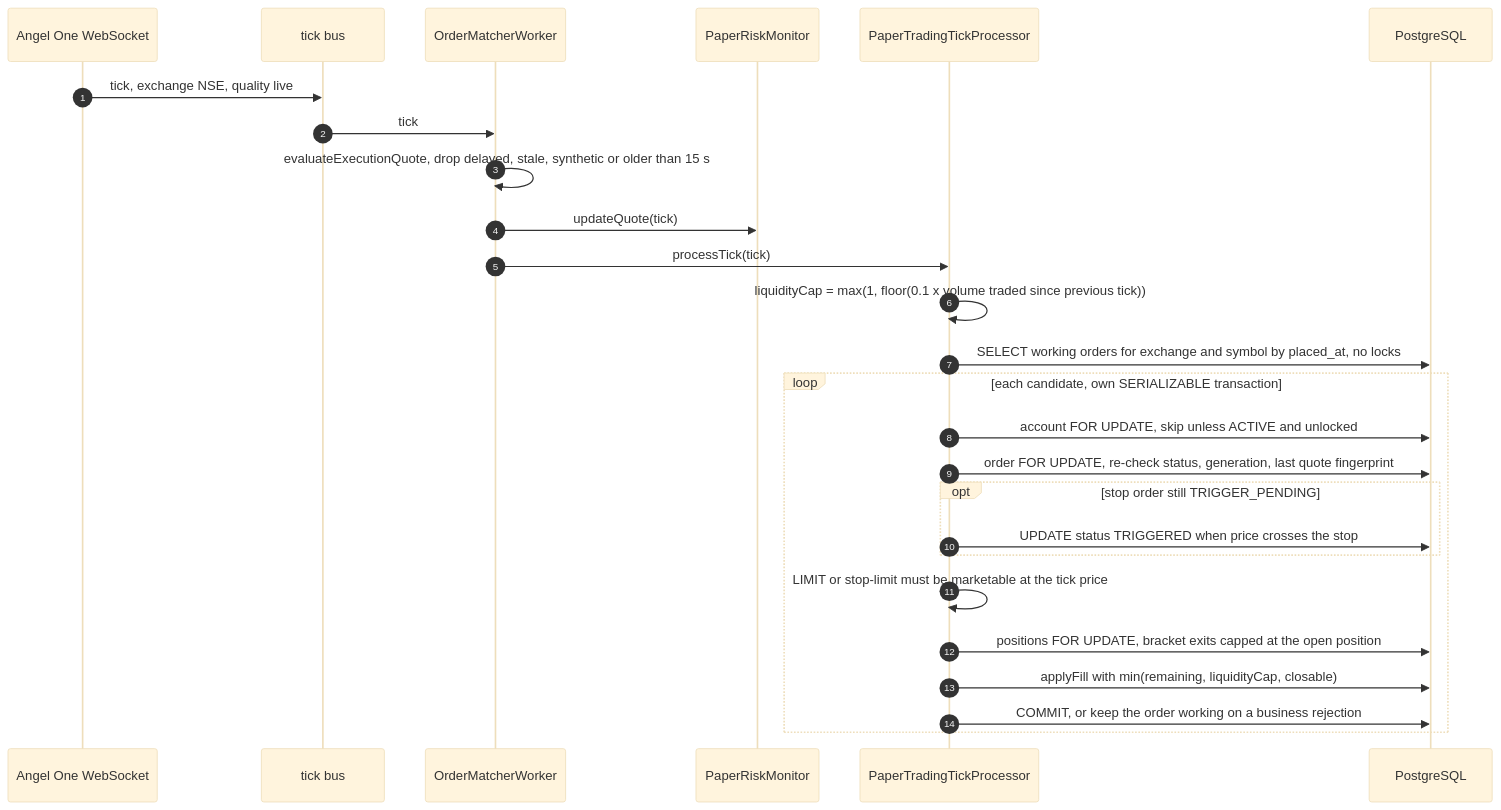
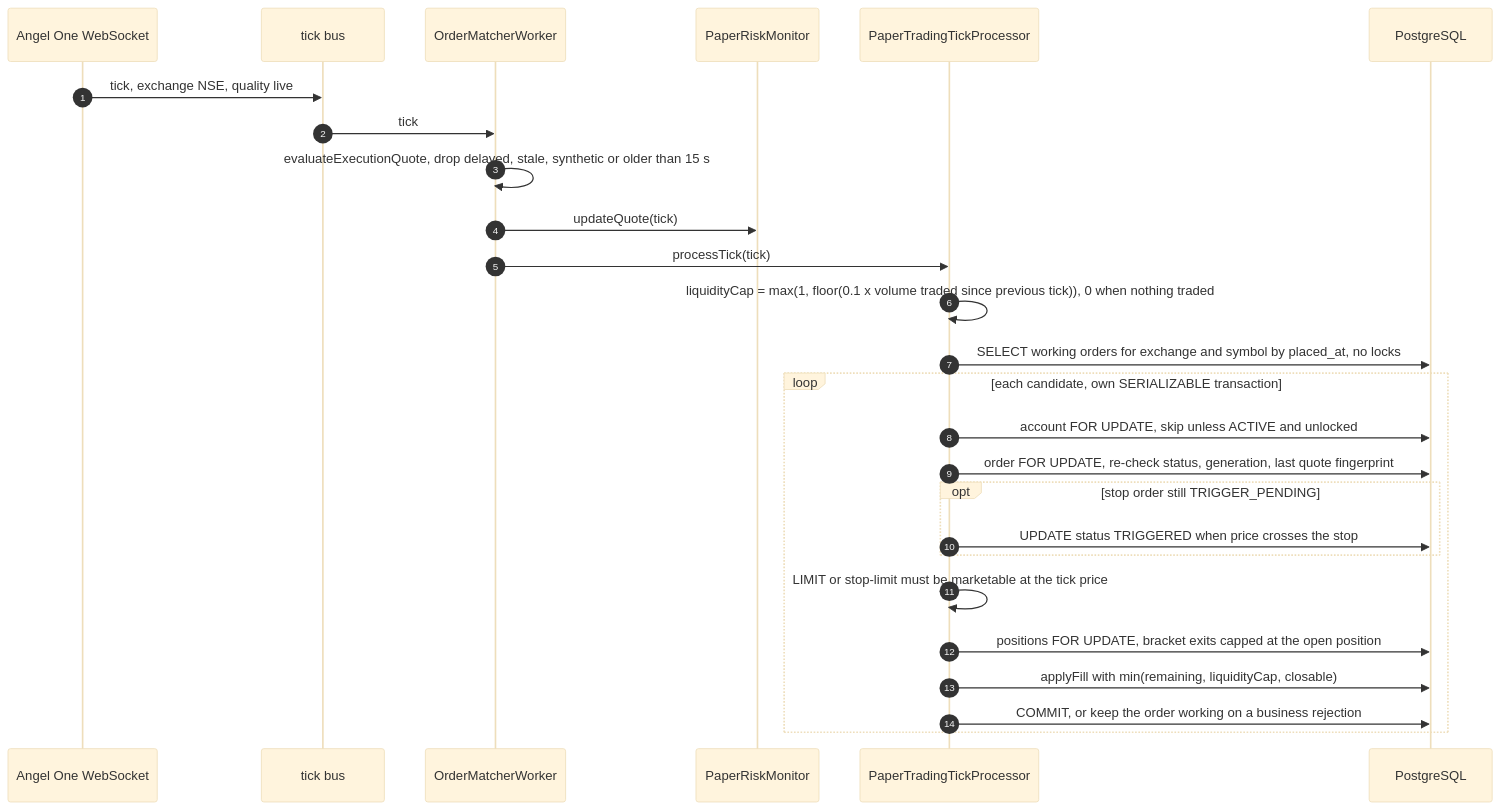
The fourth of 5 diagrams in docs/ARCHITECTURE.md (tanmay-alpha/MAET), drawn with Mermaid (base theme) before and after one commit. The commit also changed 18 other files, not shown here.

````diff
--- a/docs/ARCHITECTURE.md
+++ b/docs/ARCHITECTURE.md
@@ -176,29 +176,29 @@
 ```mermaid
 sequenceDiagram
     autonumber
     participant WS as Angel One WebSocket
     participant Bus as tick bus
     participant M as OrderMatcherWorker
     participant R as PaperRiskMonitor
     participant TP as PaperTradingTickProcessor
     participant DB as PostgreSQL
 
     WS->>Bus: tick, exchange NSE, quality live
     Bus->>M: tick
     M->>M: evaluateExecutionQuote, drop delayed, stale, synthetic or older than 15 s
     M->>R: updateQuote(tick)
     M->>TP: processTick(tick)
-    TP->>TP: liquidityCap = max(1, floor(0.1 x volume traded since previous tick))
+    TP->>TP: liquidityCap = max(1, floor(0.1 x volume traded since previous tick)), 0 when nothing traded
     TP->>DB: SELECT working orders for exchange and symbol by placed_at, no locks
     loop each candidate, own SERIALIZABLE transaction
         TP->>DB: account FOR UPDATE, skip unless ACTIVE and unlocked
         TP->>DB: order FOR UPDATE, re-check status, generation, last quote fingerprint
         opt stop order still TRIGGER_PENDING
             TP->>DB: UPDATE status TRIGGERED when price crosses the stop
         end
         TP->>TP: LIMIT or stop-limit must be marketable at the tick price
         TP->>DB: positions FOR UPDATE, bracket exits capped at the open position
         TP->>DB: applyFill with min(remaining, liquidityCap, closable)
         TP->>DB: COMMIT, or keep the order working on a business rejection
     end
 ```
````
